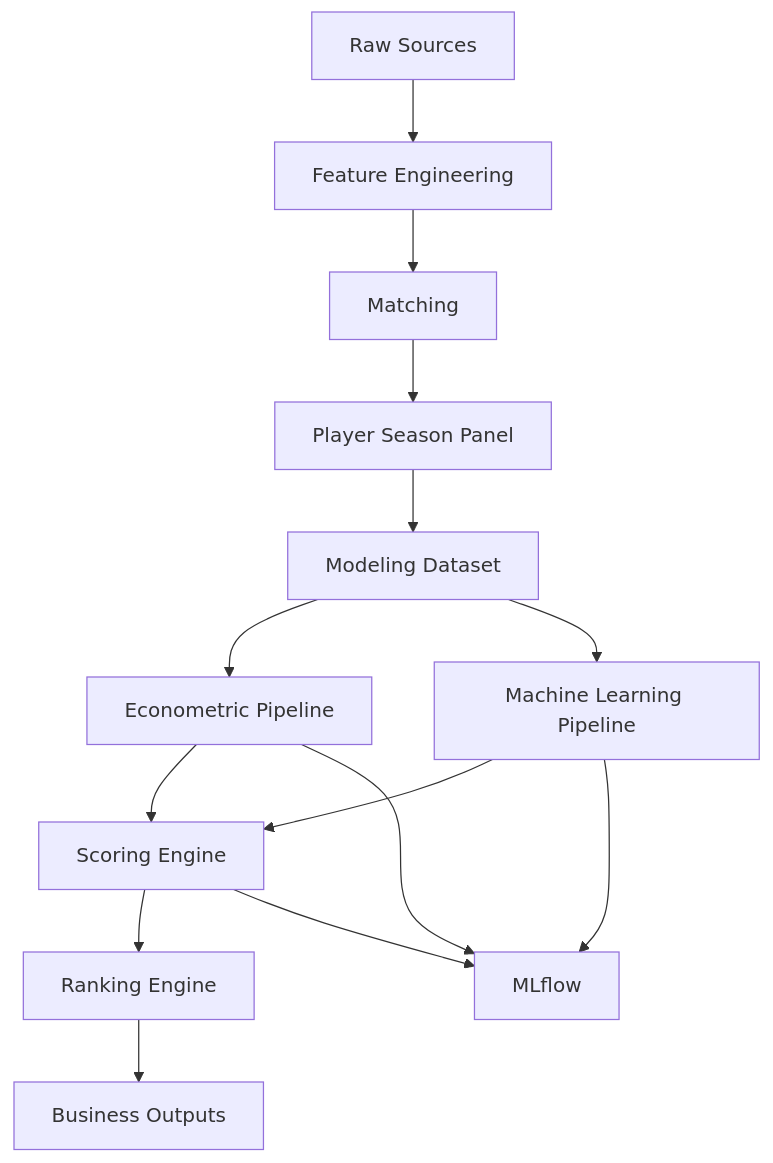
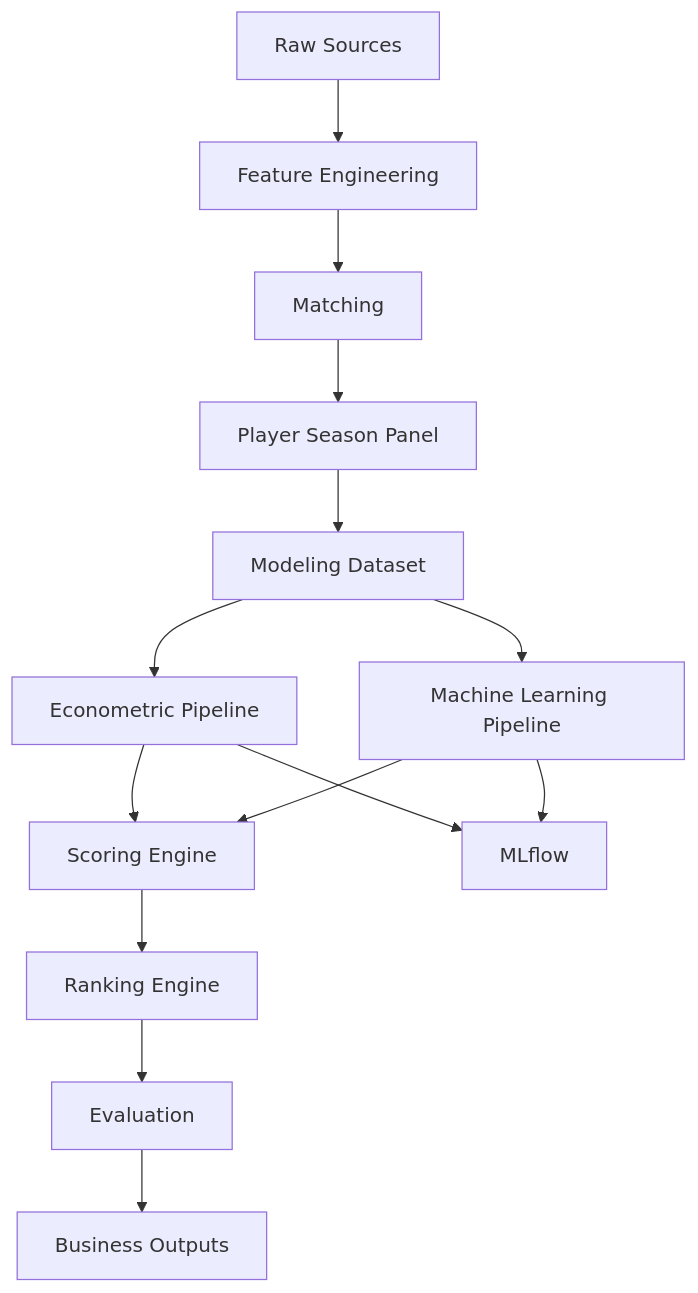
One commit to manuelpeba/market-value-football-tfm changed the diagram in docs/pipeline_reference.md. Above: the diagram before and after it, drawn with Mermaid. The commit also changed other lines of this file and 5 other files, not shown here.

Commit message:
docs: integrate Sprint 6 business evaluation and ranking validation into project documentation

````diff
--- a/docs/pipeline_reference.md
+++ b/docs/pipeline_reference.md
@@ -42,27 +43,28 @@
-```mermaid
+``` mermaid
 flowchart TD
 
 A[Raw Sources]
 --> B[Feature Engineering]
 
 B --> C[Matching]
 
 C --> D[Player Season Panel]
 
 D --> E[Modeling Dataset]
 
 E --> F[Econometric Pipeline]
 
 E --> G[Machine Learning Pipeline]
 
 F --> H[Scoring Engine]
 G --> H
 
 H --> I[Ranking Engine]
 
-I --> J[Business Outputs]
+I --> J[Evaluation]
 
-F --> K[MLflow]
-G --> K
-H --> K
+J --> K[Business Outputs]
+
+F --> L[MLflow]
+G --> L
 ```
````
